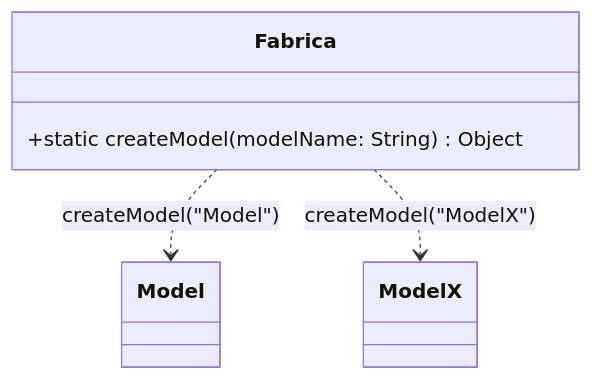
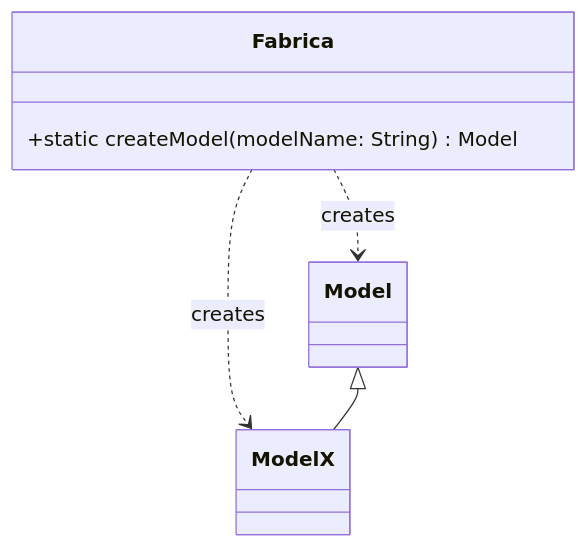
Before and after one commit to paulossjunior/auladesignpattern: the first of 2 diagrams in designpatterns-creational.md, drawn with Mermaid. The commit also changed other lines of this file, not shown here.

````diff
--- a/designpatterns-creational.md
+++ b/designpatterns-creational.md
@@ -62,21 +196,13 @@
 ```mermaid
 classDiagram
-    %% Classe Model - Representa um tipo de modelo
+    class Fabrica {
+        +static createModel(modelName: String) Model
+    }
     class Model {
     }
-
-    %% Classe ModelX - Representa outro tipo de modelo
     class ModelX {
     }
-
-    %% Classe Fabrica - Implementa o método de fábrica
-    class Fabrica {
-        +static createModel(modelName: String) Object
-    }
-
-    %% Relações de Fabrica com Model e ModelX
-    Fabrica ..> Model : createModel("Model")
-    Fabrica ..> ModelX : createModel("ModelX")
-
-
+    Fabrica ..> Model : creates
+    Fabrica ..> ModelX : creates
+    Model <|-- ModelX
 ```
````
